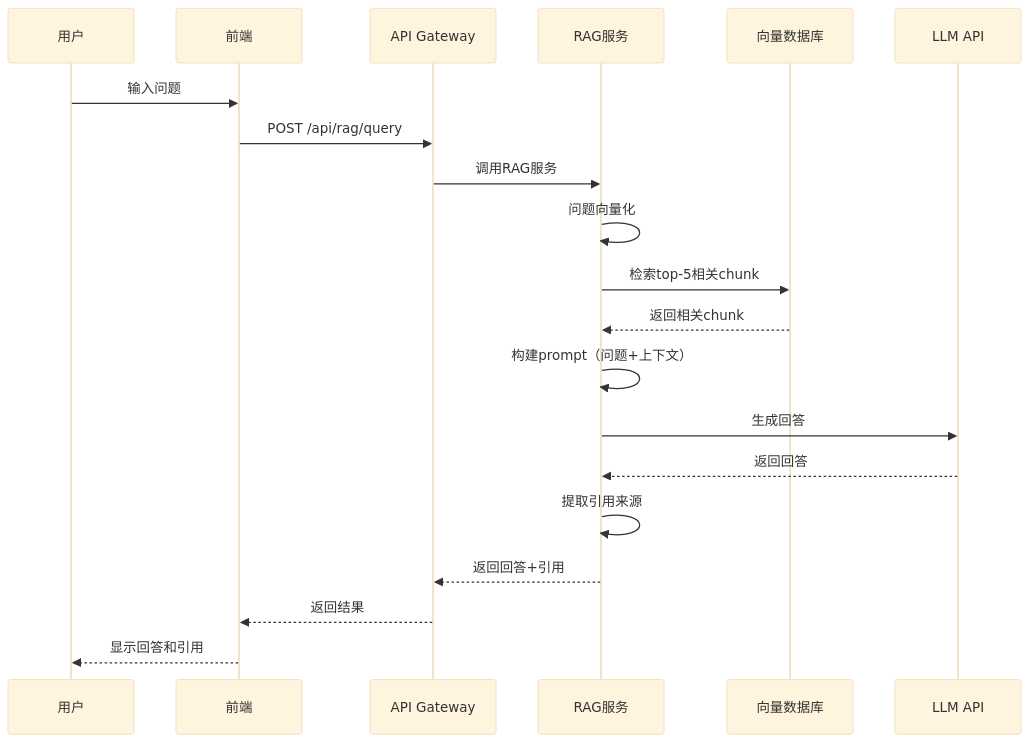
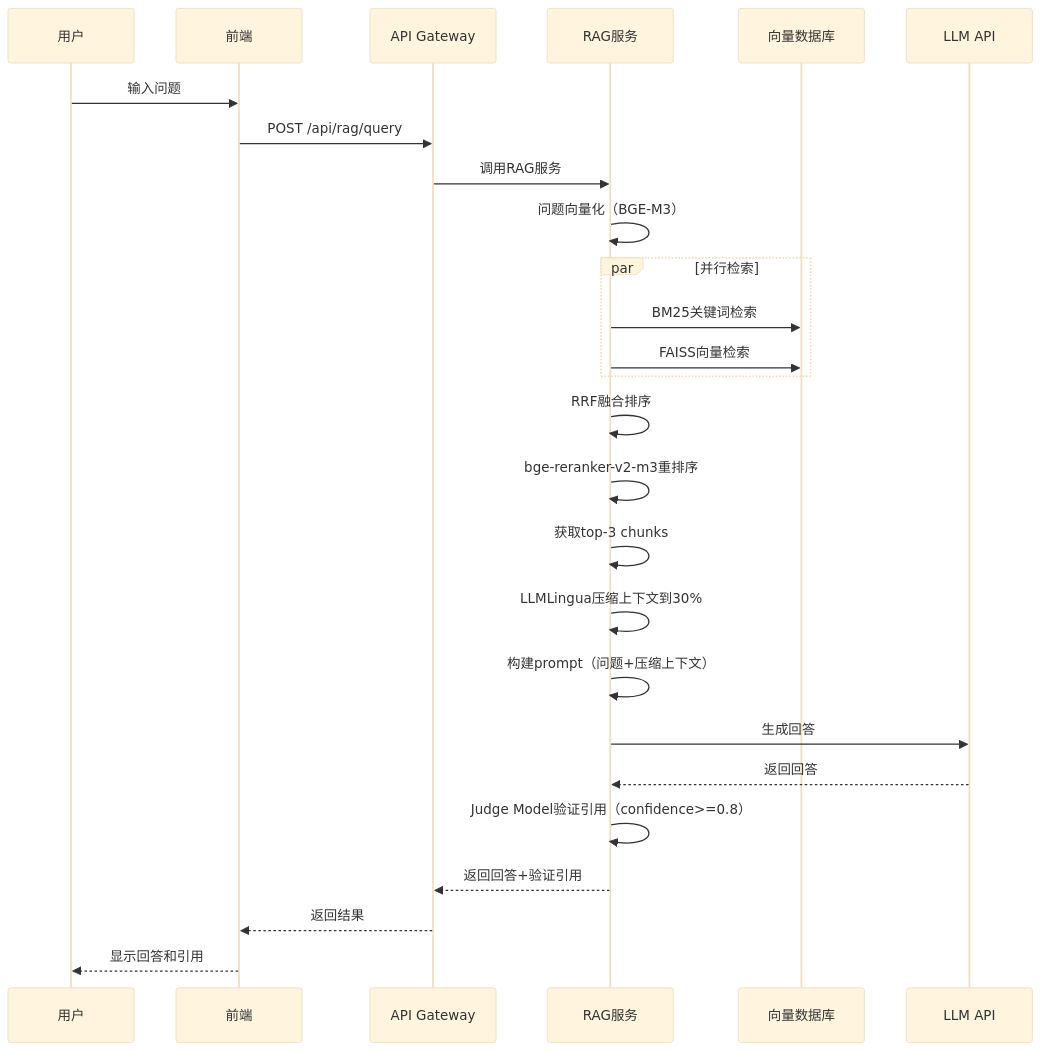
The fifth of 5 diagrams in docs/系统设计.md (BallCard/ZJUHEX), drawn with Mermaid (base theme) before and after one commit. The commit also changed other lines of this file and 7 other files, not shown here.

First line of the commit message:
Update project documentation with MVP P0 architectural decisions

````diff
--- a/docs/系统设计.md
+++ b/docs/系统设计.md
@@ -232,26 +253,34 @@
 ```mermaid
 sequenceDiagram
     participant U as 用户
     participant F as 前端
     participant API as API Gateway
     participant R as RAG服务
     participant V as 向量数据库
     participant LLM as LLM API
 
     U->>F: 输入问题
     F->>API: POST /api/rag/query
     API->>R: 调用RAG服务
     
-    R->>R: 问题向量化
-    R->>V: 检索top-5相关chunk
-    V-->>R: 返回相关chunk
+    R->>R: 问题向量化（BGE-M3）
     
-    R->>R: 构建prompt（问题+上下文）
+    par 并行检索
+        R->>V: BM25关键词检索
+        R->>V: FAISS向量检索
+    end
+    
+    R->>R: RRF融合排序
+    R->>R: bge-reranker-v2-m3重排序
+    R->>R: 获取top-3 chunks
+    
+    R->>R: LLMLingua压缩上下文到30%
+    R->>R: 构建prompt（问题+压缩上下文）
     R->>LLM: 生成回答
     LLM-->>R: 返回回答
     
-    R->>R: 提取引用来源
-    R-->>API: 返回回答+引用
+    R->>R: Judge Model验证引用（confidence>=0.8）
+    R-->>API: 返回回答+验证引用
     API-->>F: 返回结果
     F-->>U: 显示回答和引用
 ```
````
